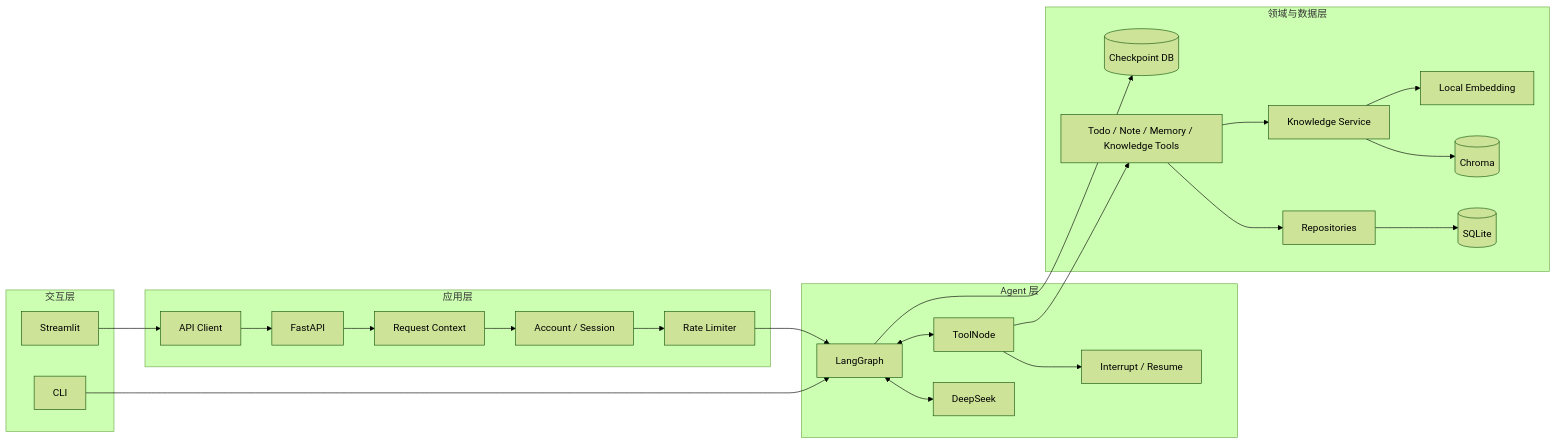
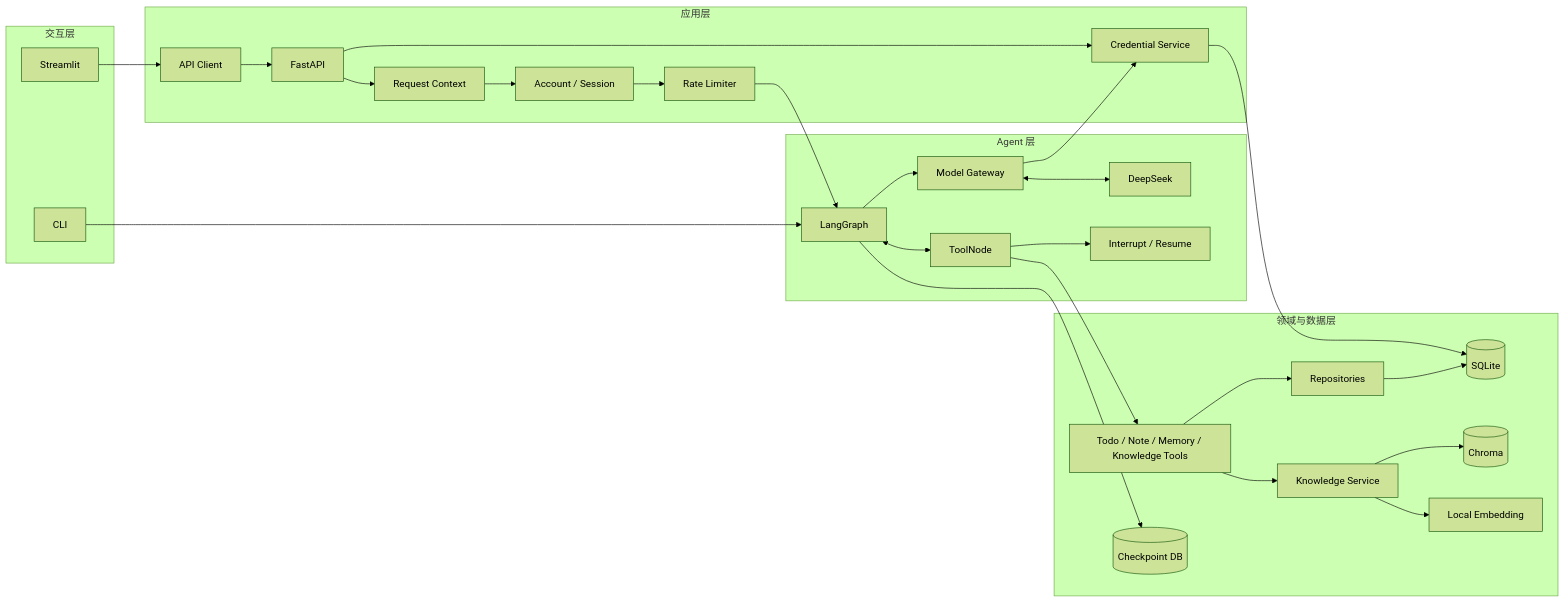
Before and after one commit to AFPyannian/lifepilot-agent: the first of 4 diagrams in docs/architecture.md, drawn with Mermaid (forest theme). The commit also changed other lines of this file and 31 other files, not shown here.

````diff
--- a/docs/architecture.md
+++ b/docs/architecture.md
@@ -9,44 +9,49 @@
 ```mermaid
 flowchart LR
     subgraph Presentation[交互层]
         UI[Streamlit]
         CLI[CLI]
     end
 
     subgraph Application[应用层]
         CLIENT[API Client]
         API[FastAPI]
         CTX[Request Context]
         AUTH[Account / Session]
         LIMIT[Rate Limiter]
+        CREDS[Credential Service]
     end
 
     subgraph Agent[Agent 层]
         GRAPH[LangGraph]
+        GATEWAY[Model Gateway]
         MODEL[DeepSeek]
         TOOLNODE[ToolNode]
         APPROVAL[Interrupt / Resume]
     end
 
     subgraph Domain[领域与数据层]
         TOOLS[Todo / Note / Memory / Knowledge Tools]
         REPOS[Repositories]
         KB[Knowledge Service]
         DB[(SQLite)]
         CP[(Checkpoint DB)]
         VECTOR[(Chroma)]
         EMB[Local Embedding]
     end
 
     UI --> CLIENT --> API
     CLI --> GRAPH
     API --> CTX --> AUTH --> LIMIT --> GRAPH
-    GRAPH <--> MODEL
+    API --> CREDS --> DB
+    GRAPH --> GATEWAY
+    GATEWAY --> CREDS
+    GATEWAY <--> MODEL
     GRAPH <--> TOOLNODE
     TOOLNODE --> APPROVAL
     TOOLNODE --> TOOLS
     TOOLS --> REPOS --> DB
     TOOLS --> KB --> VECTOR
     KB --> EMB
     GRAPH --> CP
 ```
````
